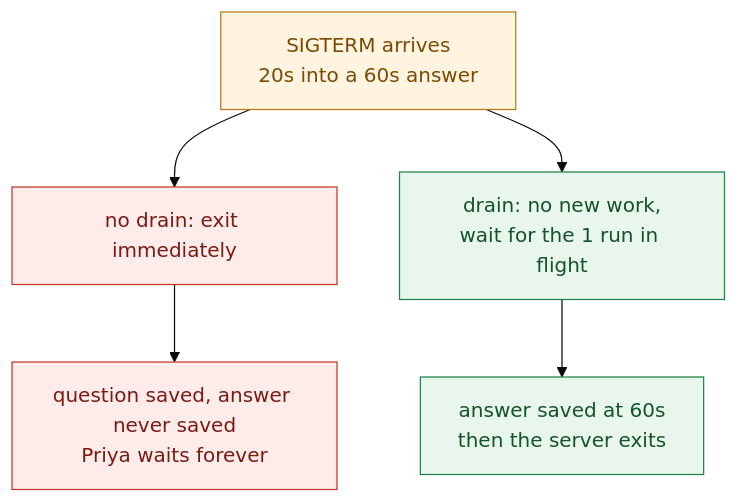
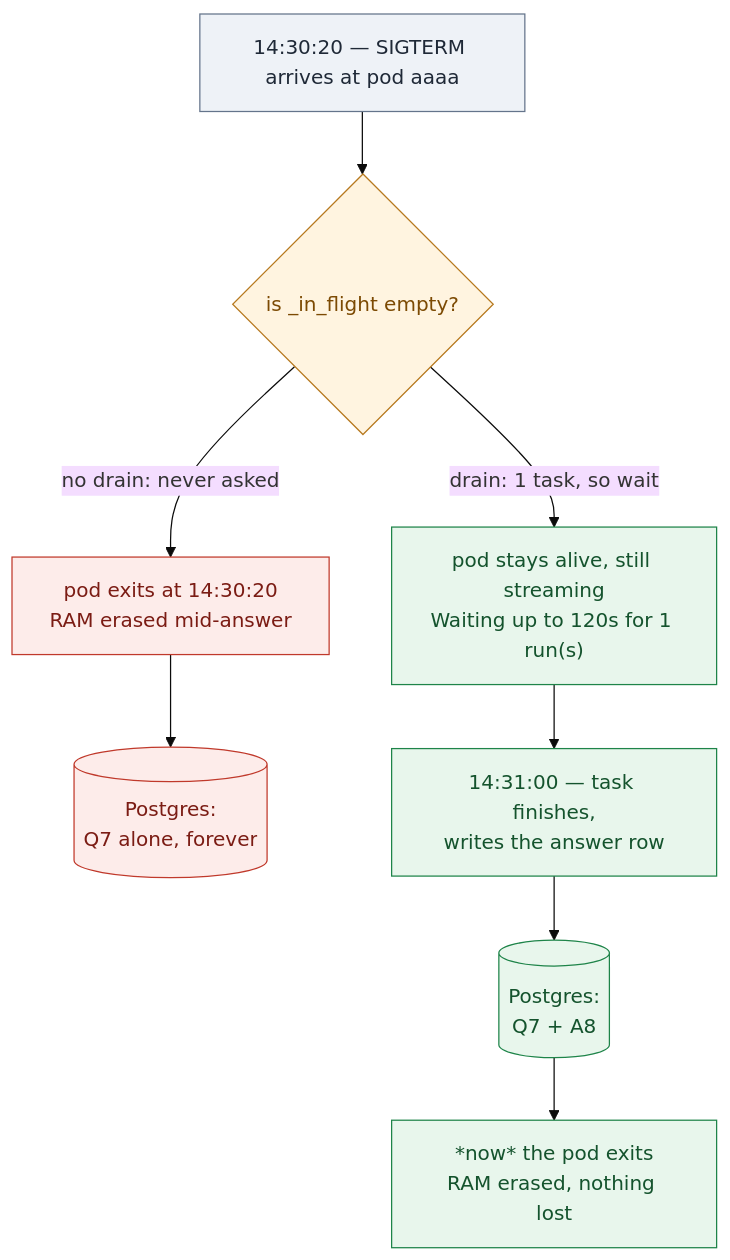
The sixth of 19 diagrams in docs/TESTING-SCALING.md (selvakumarperumal/Corporate_Filing_Analyzer_Agent), drawn with Mermaid (base theme) before and after one commit. The commit also changed other lines of this file, not shown here.

Commit message:
docs: add unified architectural failure flows and RAM-to-Postgres triage models to scaling test guide

````diff
--- a/docs/TESTING-SCALING.md
+++ b/docs/TESTING-SCALING.md
@@ -859,15 +854,18 @@
 ```mermaid
 flowchart TB
-  T["SIGTERM arrives<br/>20s into a 60s answer"] --> N["no drain: exit immediately"]
-  T --> D["drain: no new work,<br/>wait for the 1 run in flight"]
-  N --> N2["question saved, answer never saved<br/>Priya waits forever"]
-  D --> D2["answer saved at 60s<br/>then the server exits"]
+  S["14:30:20 — SIGTERM arrives at pod aaaa"] --> Q{"is _in_flight empty?"}
+  Q -->|"no drain: never asked"| X1["pod exits at 14:30:20<br/>RAM erased mid-answer"]
+  X1 --> D1[("Postgres:<br/>Q7 alone, forever")]
+  Q -->|"drain: 1 task, so wait"| W["pod stays alive, still streaming<br/>Waiting up to 120s for 1 run(s)"]
+  W --> F["14:31:00 — task finishes,<br/>writes the answer row"]
+  F --> D2[("Postgres:<br/>Q7 + A8")]
+  D2 --> X2["*now* the pod exits<br/>RAM erased, nothing lost"]
   classDef step fill:#eef2f7,stroke:#64748b,color:#1f2937
   classDef bad fill:#fdecea,stroke:#c0392b,color:#7b1c14
   classDef good fill:#e8f6ec,stroke:#1e8449,color:#14532d
   classDef warn fill:#fff4e0,stroke:#b7791f,color:#7c4a03
-  classDef fix fill:#eef2ff,stroke:#4f46e5,color:#312e81
-  class T warn
-  class N,N2 bad
-  class D,D2 good
+  class S step
+  class Q warn
+  class X1,D1 bad
+  class W,F,D2,X2 good
 ```
````
